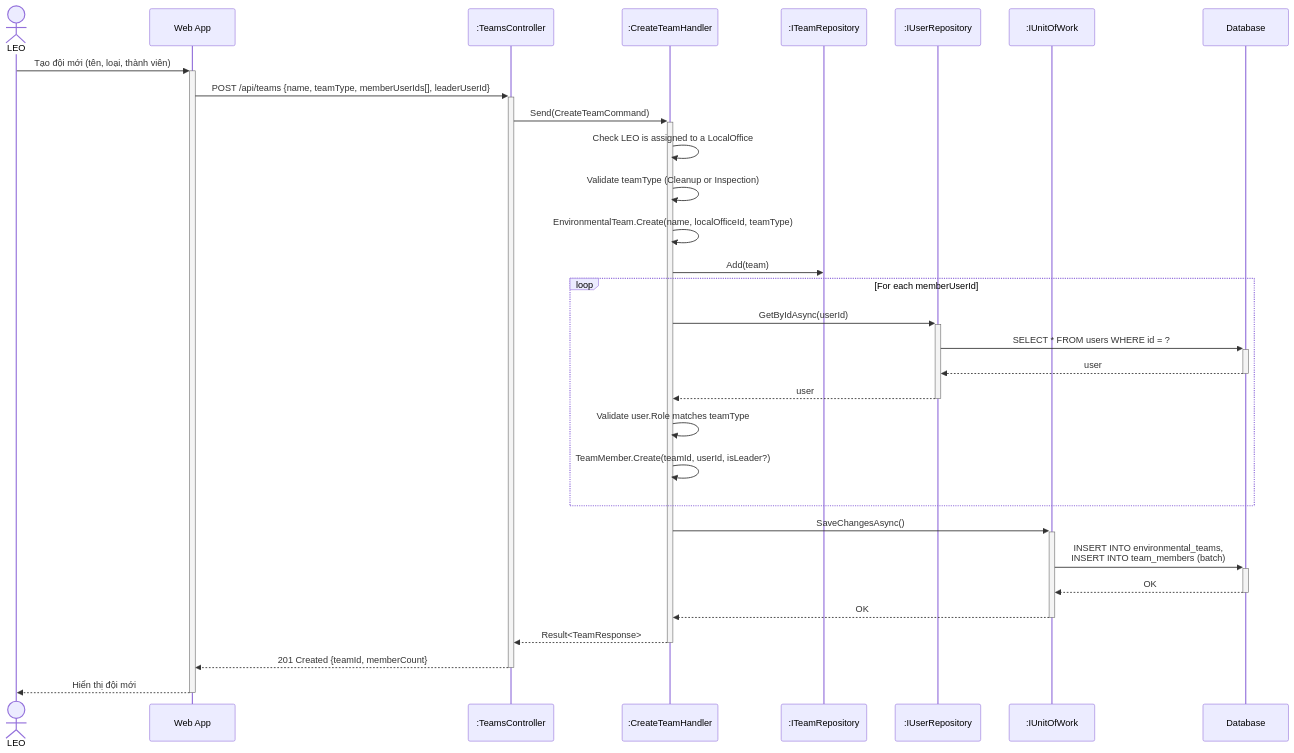
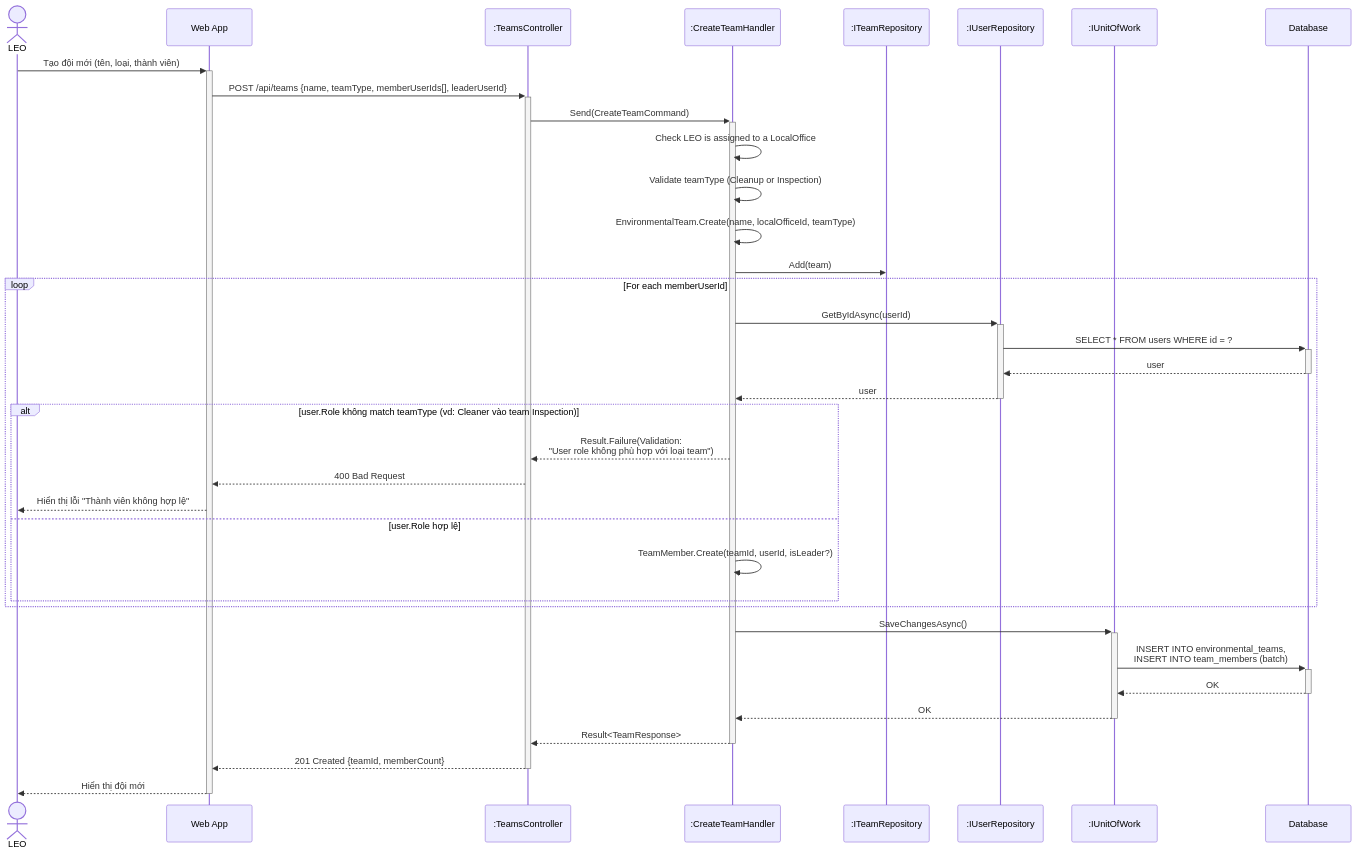
Diagram 17 of 25 in docs/BusinessRule/SEQUENCE_DIAGRAMS.md (Capstonne-Project/greenlens-service), drawn with Mermaid before and after one commit. The commit also changed other lines of this file, not shown here.

Commit message:
fix(docs): enhance bad case for sequence diagram

````diff
--- a/docs/BusinessRule/SEQUENCE_DIAGRAMS.md
+++ b/docs/BusinessRule/SEQUENCE_DIAGRAMS.md
@@ -993,39 +1053,45 @@
 ```mermaid
 sequenceDiagram
     actor LEO
     participant App as Web App
     participant Ctrl as :TeamsController
     participant Hdl as :CreateTeamHandler
     participant TeamRepo as :ITeamRepository
     participant UserRepo as :IUserRepository
     participant UoW as :IUnitOfWork
     participant DB as Database
 
     LEO->>+App: Tạo đội mới (tên, loại, thành viên)
     App->>+Ctrl: POST /api/teams {name, teamType, memberUserIds[], leaderUserId}
     Ctrl->>+Hdl: Send(CreateTeamCommand)
 
     Hdl->>Hdl: Check LEO is assigned to a LocalOffice
     Hdl->>Hdl: Validate teamType (Cleanup or Inspection)
 
     Hdl->>Hdl: EnvironmentalTeam.Create(name, localOfficeId, teamType)
     Hdl->>TeamRepo: Add(team)
 
     loop For each memberUserId
         Hdl->>+UserRepo: GetByIdAsync(userId)
         UserRepo->>+DB: SELECT * FROM users WHERE id = ?
         DB-->>-UserRepo: user
         UserRepo-->>-Hdl: user
-        Hdl->>Hdl: Validate user.Role matches teamType
-        Hdl->>Hdl: TeamMember.Create(teamId, userId, isLeader?)
+
+        alt user.Role không match teamType (vd: Cleaner vào team Inspection)
+            Hdl-->>Ctrl: Result.Failure(Validation:<br/>"User role không phù hợp với loại team")
+            Ctrl-->>App: 400 Bad Request
+            App-->>LEO: Hiển thị lỗi "Thành viên không hợp lệ"
+        else user.Role hợp lệ
+            Hdl->>Hdl: TeamMember.Create(teamId, userId, isLeader?)
+        end
     end
 
     Hdl->>+UoW: SaveChangesAsync()
     UoW->>+DB: INSERT INTO environmental_teams,<br/>INSERT INTO team_members (batch)
     DB-->>-UoW: OK
     UoW-->>-Hdl: OK
 
     Hdl-->>-Ctrl: Result<TeamResponse>
     Ctrl-->>-App: 201 Created {teamId, memberCount}
     App-->>-LEO: Hiển thị đội mới
 ```
````
